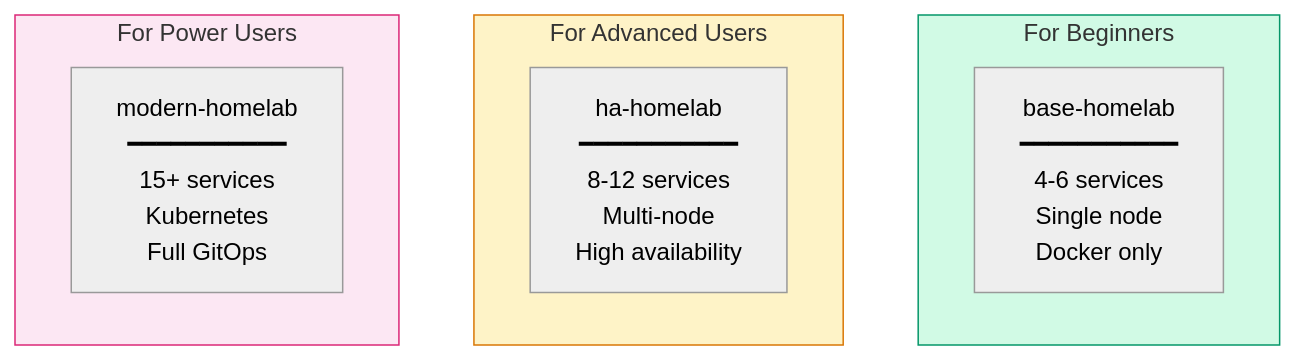
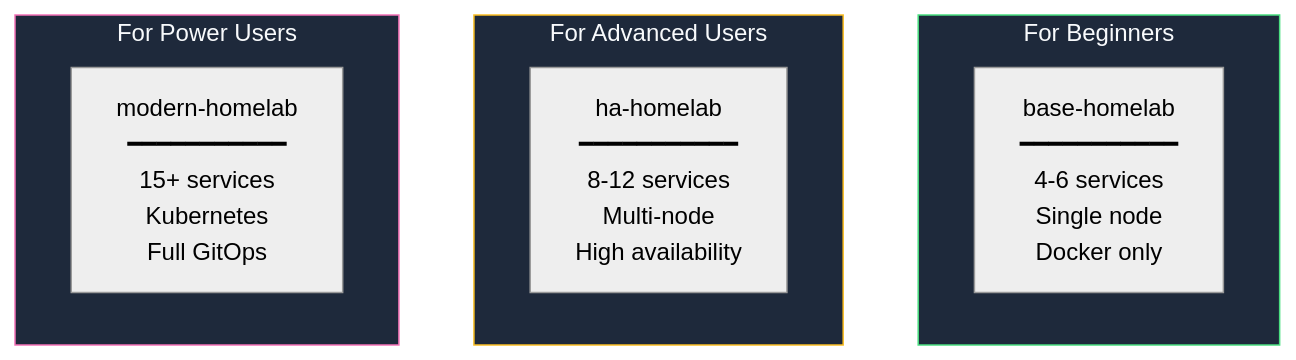
The first of 5 diagrams in concepts/stackkits.mdx (KombiverseLabs/docs), drawn with Mermaid (neutral theme) before and after one commit. The commit also changed other lines of this file and 33 other files, not shown here.

````diff
--- a/concepts/stackkits.mdx
+++ b/concepts/stackkits.mdx
@@ -56,18 +56,18 @@
 ```mermaid
 graph TB
     subgraph Beginner["For Beginners"]
         Base["base-homelab<br/>━━━━━━━━━━━<br/>4-6 services<br/>Single node<br/>Docker only"]
     end
 
     subgraph Advanced["For Advanced Users"]
         HA["ha-homelab<br/>━━━━━━━━━━━<br/>8-12 services<br/>Multi-node<br/>High availability"]
     end
 
     subgraph Power["For Power Users"]
         Modern["modern-homelab<br/>━━━━━━━━━━━<br/>15+ services<br/>Kubernetes<br/>Full GitOps"]
     end
 
-    style Beginner fill:#d1fae5,stroke:#059669
-    style Advanced fill:#fef3c7,stroke:#d97706
-    style Power fill:#fce7f3,stroke:#db2777
+    style Beginner fill:#1e293b,stroke:#4ade80,color:#f8fafc
+    style Advanced fill:#1e293b,stroke:#fbbf24,color:#f8fafc
+    style Power fill:#1e293b,stroke:#f472b6,color:#f8fafc
 ```
````
